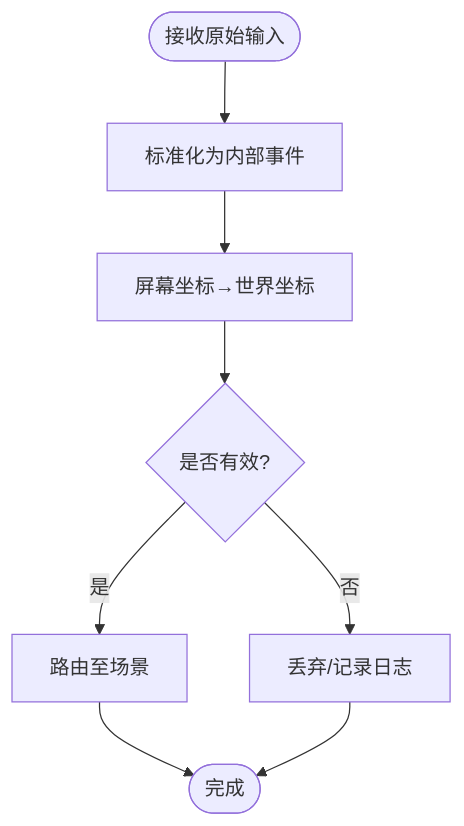
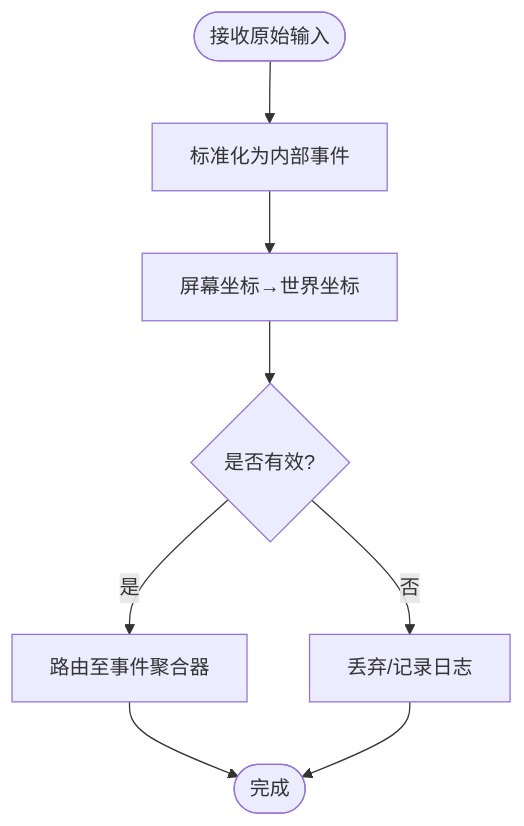
One commit to rzhangjing/cesium changed the third of 7 diagrams in .qoder/repowiki/zh/content/项目概述/核心特性/相机与交互控制/交互框架.md. Above: the diagram before and after it, drawn with Mermaid. The commit also changed other lines of this file and 30 other files, not shown here.

````diff
--- a/.qoder/repowiki/zh/content/项目概述/核心特性/相机与交互控制/交互框架.md
+++ b/.qoder/repowiki/zh/content/项目概述/核心特性/相机与交互控制/交互框架.md
@@ -124,10 +165,10 @@
 ```mermaid
 flowchart TD
 Start(["接收原始输入"]) --> Normalize["标准化为内部事件"]
 Normalize --> MapCoord["屏幕坐标→世界坐标"]
 MapCoord --> Dispatch{"是否有效?"}
 Dispatch --> |否| Drop["丢弃/记录日志"]
-Dispatch --> |是| Route["路由至场景"]
+Dispatch --> |是| Route["路由至事件聚合器"]
 Route --> End(["完成"])
 Drop --> End
 ```
````
